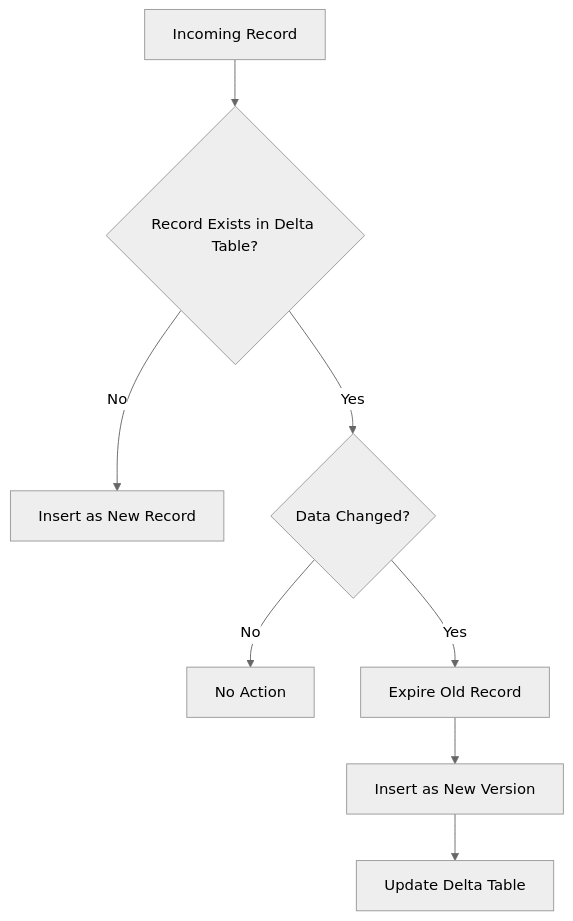
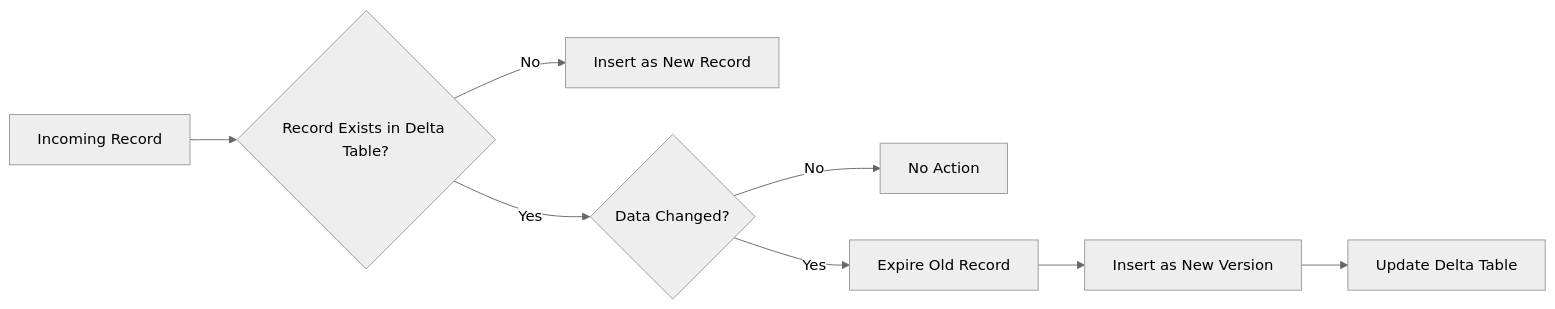
One commit to BhaveshVA/Patronage_Modularized changed the fourth of 4 diagrams in HIGH_LEVEL_ARCHITECTURE.md. Above: the diagram before and after it, drawn with Mermaid (neutral theme). The commit also changed other lines of this file, not shown here.

Commit message:
Refactor flowchart direction in HIGH_LEVEL_ARCHITECTURE.md for improved readability

````diff
--- a/HIGH_LEVEL_ARCHITECTURE.md
+++ b/HIGH_LEVEL_ARCHITECTURE.md
@@ -117,10 +117,10 @@
 ```mermaid
-flowchart TD
+flowchart LR
     A[Incoming Record] --> B{Record Exists in Delta Table?}
     B -- No --> C[Insert as New Record]
     B -- Yes --> D{Data Changed?}
     D -- No --> E[No Action]
     D -- Yes --> F[Expire Old Record]
     F --> G[Insert as New Version]
     G --> H[Update Delta Table]
 ```
````
